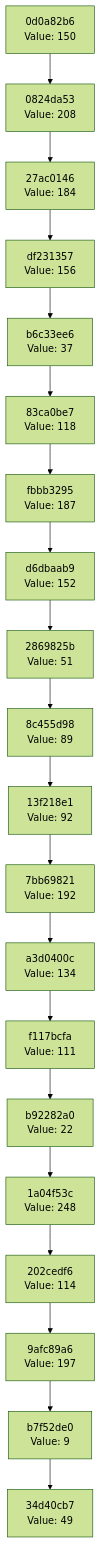
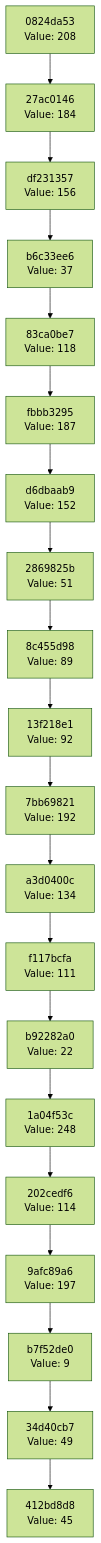
Before and after one commit to Abhisheksinha1506/hash-chain-evolver: the diagram in docs/CHAIN_VISUALIZATION.md, drawn with Mermaid (forest theme). The commit also changed 2 other files, not shown here.

Commit message:
Evolution step: hash 0x2D → action executed

````diff
--- a/docs/CHAIN_VISUALIZATION.md
+++ b/docs/CHAIN_VISUALIZATION.md
@@ -3,42 +3,42 @@
 ```mermaid
 graph TD
-    C0["34d40cb7<br/>Value: 49"]
-    C1["b7f52de0<br/>Value: 9"]
+    C0["412bd8d8<br/>Value: 45"]
+    C1["34d40cb7<br/>Value: 49"]
     C1 --> C0
-    C2["9afc89a6<br/>Value: 197"]
+    C2["b7f52de0<br/>Value: 9"]
     C2 --> C1
-    C3["202cedf6<br/>Value: 114"]
+    C3["9afc89a6<br/>Value: 197"]
     C3 --> C2
-    C4["1a04f53c<br/>Value: 248"]
+    C4["202cedf6<br/>Value: 114"]
     C4 --> C3
-    C5["b92282a0<br/>Value: 22"]
+    C5["1a04f53c<br/>Value: 248"]
     C5 --> C4
-    C6["f117bcfa<br/>Value: 111"]
+    C6["b92282a0<br/>Value: 22"]
     C6 --> C5
-    C7["a3d0400c<br/>Value: 134"]
+    C7["f117bcfa<br/>Value: 111"]
     C7 --> C6
-    C8["7bb69821<br/>Value: 192"]
+    C8["a3d0400c<br/>Value: 134"]
     C8 --> C7
-    C9["13f218e1<br/>Value: 92"]
+    C9["7bb69821<br/>Value: 192"]
     C9 --> C8
-    C10["8c455d98<br/>Value: 89"]
+    C10["13f218e1<br/>Value: 92"]
     C10 --> C9
-    C11["2869825b<br/>Value: 51"]
+    C11["8c455d98<br/>Value: 89"]
     C11 --> C10
-    C12["d6dbaab9<br/>Value: 152"]
+    C12["2869825b<br/>Value: 51"]
     C12 --> C11
-    C13["fbbb3295<br/>Value: 187"]
+    C13["d6dbaab9<br/>Value: 152"]
     C13 --> C12
-    C14["83ca0be7<br/>Value: 118"]
+    C14["fbbb3295<br/>Value: 187"]
     C14 --> C13
-    C15["b6c33ee6<br/>Value: 37"]
+    C15["83ca0be7<br/>Value: 118"]
     C15 --> C14
-    C16["df231357<br/>Value: 156"]
+    C16["b6c33ee6<br/>Value: 37"]
     C16 --> C15
-    C17["27ac0146<br/>Value: 184"]
+    C17["df231357<br/>Value: 156"]
     C17 --> C16
-    C18["0824da53<br/>Value: 208"]
+    C18["27ac0146<br/>Value: 184"]
     C18 --> C17
-    C19["0d0a82b6<br/>Value: 150"]
+    C19["0824da53<br/>Value: 208"]
     C19 --> C18
 ```
````
